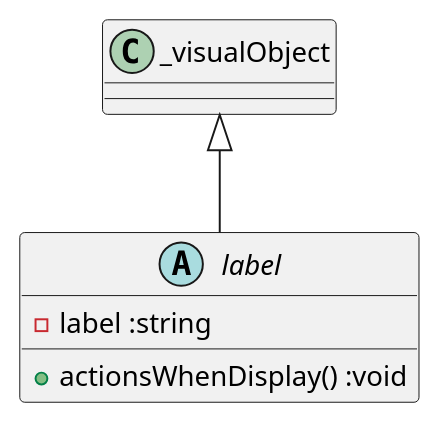
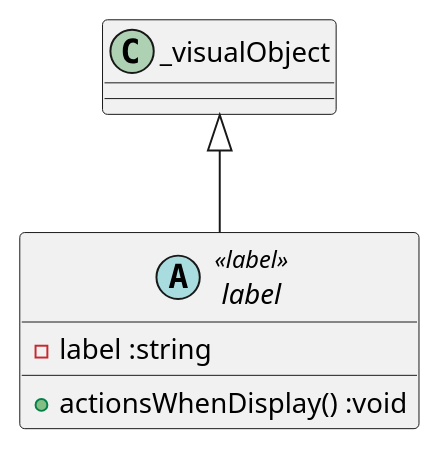
The sixth of 15 diagrams in uumf_classes.puml (egrpy/UUMF), drawn with PlantUML before and after one commit. The commit also changed other lines of this file, not shown here.

```diff
--- a/uumf_classes.puml
+++ b/uumf_classes.puml
@@ -30,6 +30,6 @@
 @startuml (id=label)
-  abstract class label extends _visualObject {
+  abstract class label <<label>> extends _visualObject {
       - label :string
       + actionsWhenDisplay() :void
   }
 @enduml
```
